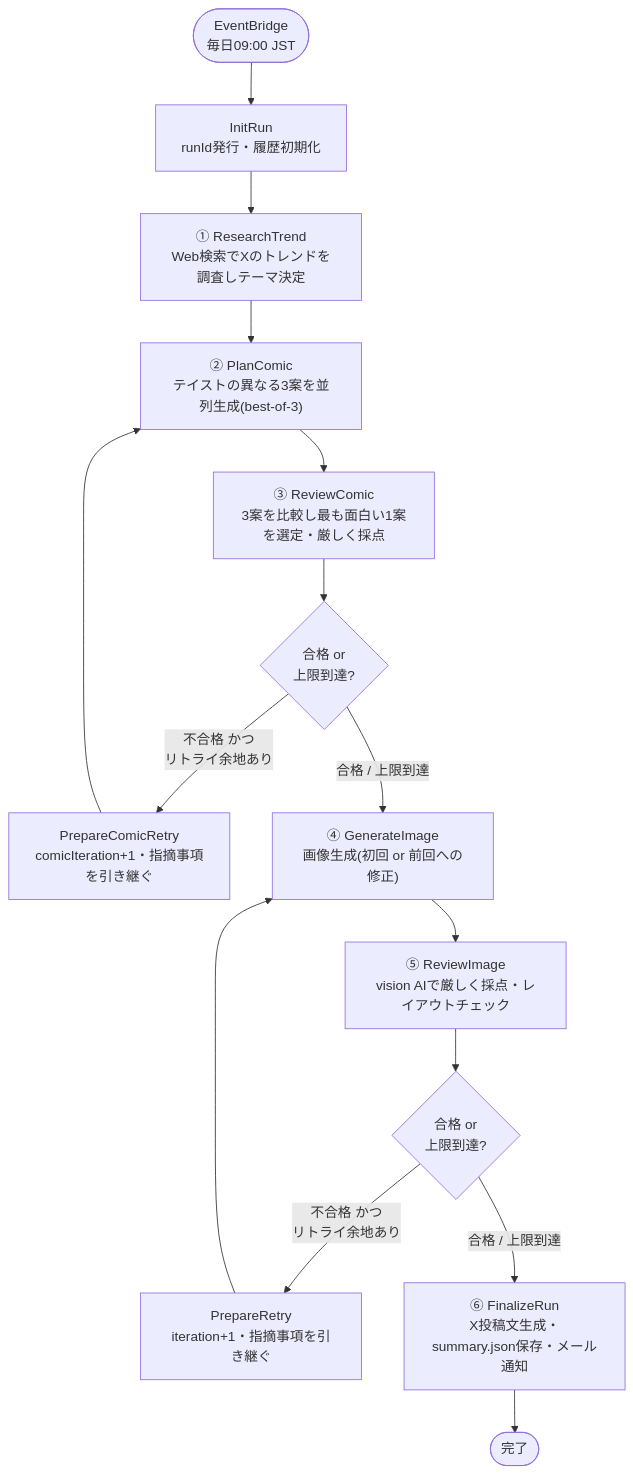
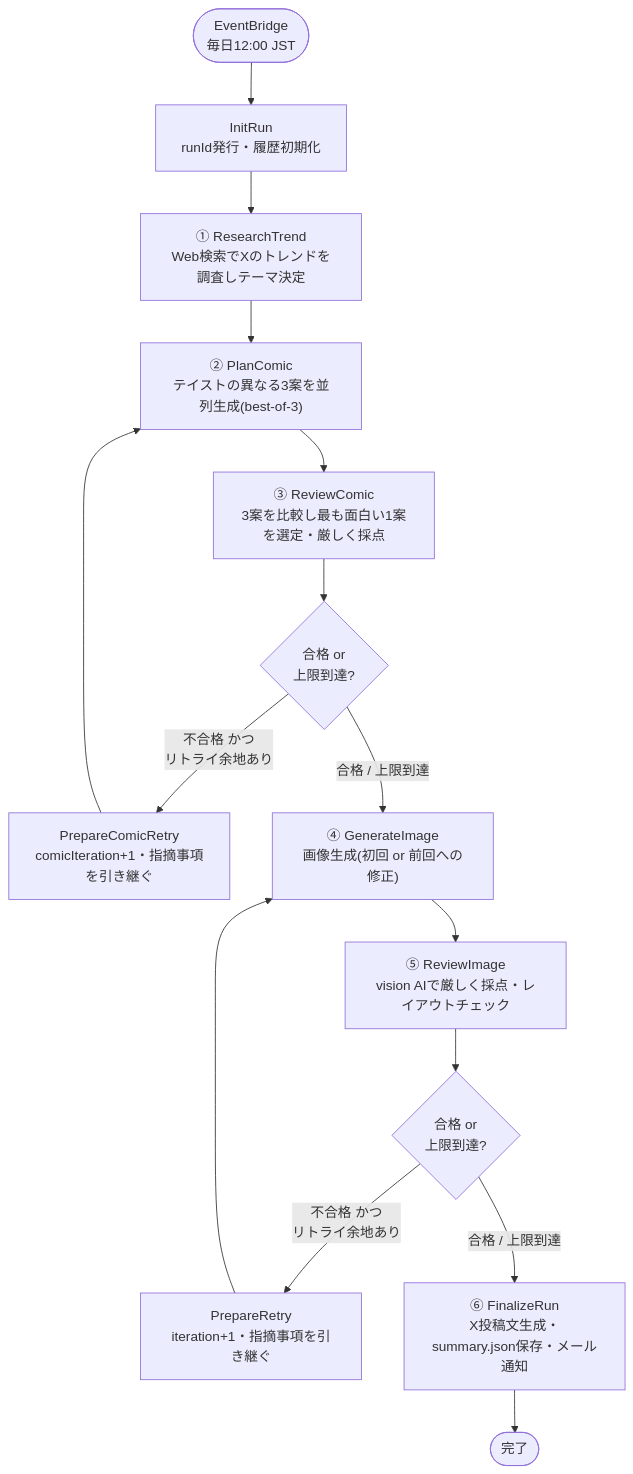
Before and after one commit to zzzzico12/x-trend-4koma: the diagram in README.md, drawn with Mermaid. The commit also changed other lines of this file and 1 other file, not shown here.

Commit message:
Move daily schedule from 09:00 JST to 12:00 JST

````diff
--- a/README.md
+++ b/README.md
@@ -12,17 +12,17 @@
 ```mermaid
 flowchart TD
-    Start(["EventBridge<br/>毎日09:00 JST"]) --> InitRun["InitRun<br/>runId発行・履歴初期化"]
+    Start(["EventBridge<br/>毎日12:00 JST"]) --> InitRun["InitRun<br/>runId発行・履歴初期化"]
     InitRun --> ResearchTrend["① ResearchTrend<br/>Web検索でXのトレンドを調査しテーマ決定"]
     ResearchTrend --> PlanComic["② PlanComic<br/>テイストの異なる3案を並列生成(best-of-3)"]
     PlanComic --> ReviewComic["③ ReviewComic<br/>3案を比較し最も面白い1案を選定・厳しく採点"]
     ReviewComic --> ComicChoice{"合格 or<br/>上限到達?"}
     ComicChoice -- "不合格 かつ<br/>リトライ余地あり" --> PrepareComicRetry["PrepareComicRetry<br/>comicIteration+1・指摘事項を引き継ぐ"]
     PrepareComicRetry --> PlanComic
     ComicChoice -- "合格 / 上限到達" --> GenerateImage["④ GenerateImage<br/>画像生成(初回 or 前回への修正)"]
     GenerateImage --> ReviewImage["⑤ ReviewImage<br/>vision AIで厳しく採点・レイアウトチェック"]
     ReviewImage --> Choice{"合格 or<br/>上限到達?"}
     Choice -- "不合格 かつ<br/>リトライ余地あり" --> PrepareRetry["PrepareRetry<br/>iteration+1・指摘事項を引き継ぐ"]
     PrepareRetry --> GenerateImage
     Choice -- "合格 / 上限到達" --> FinalizeRun["⑥ FinalizeRun<br/>X投稿文生成・summary.json保存・メール通知"]
     FinalizeRun --> End(["完了"])
 ```
````
